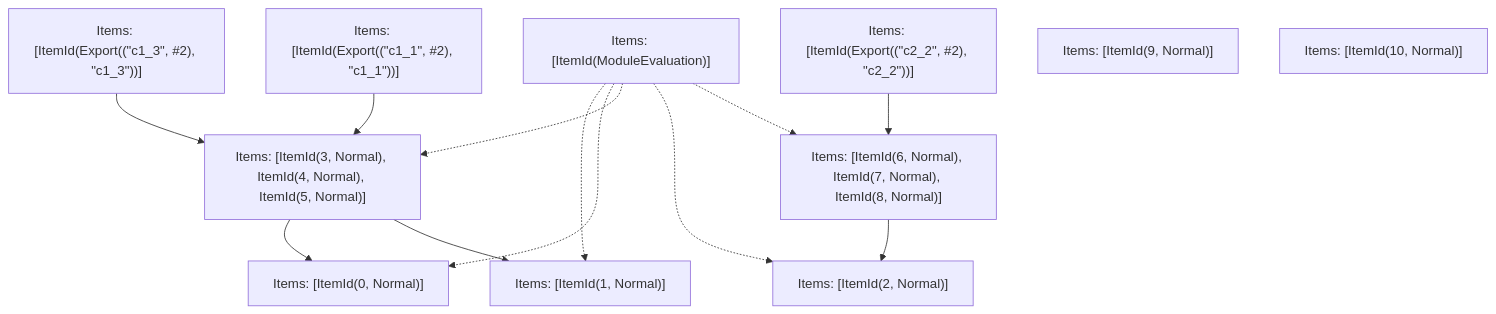
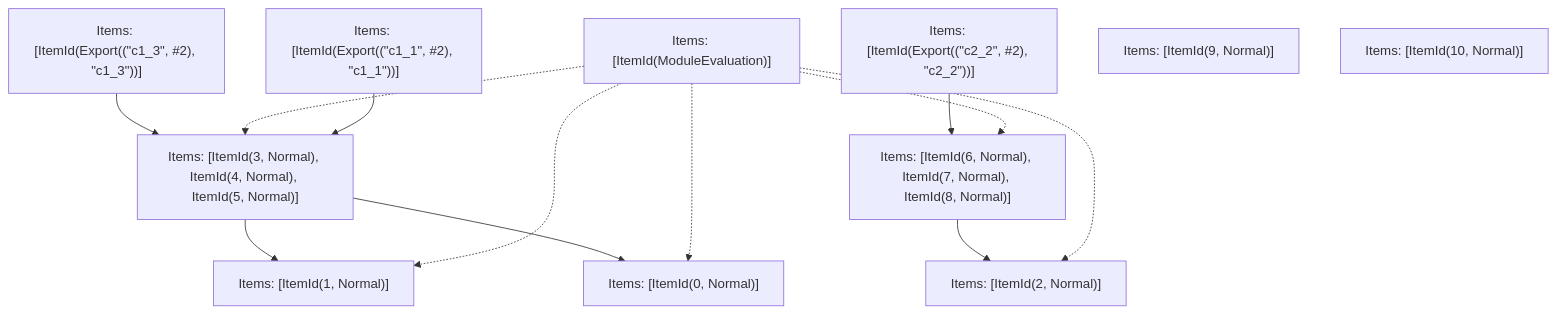
One commit to Sonar-UX-Testing-FreePlan/next.js changed the fifth of 5 diagrams in turbopack/crates/turbopack-ecmascript/tests/tree-shaker/analyzer/3/output.md. Above: the diagram before and after it, drawn with Mermaid. The commit also changed other lines of this file and 30 other files, not shown here.

````diff
--- a/turbopack/crates/turbopack-ecmascript/tests/tree-shaker/analyzer/3/output.md
+++ b/turbopack/crates/turbopack-ecmascript/tests/tree-shaker/analyzer/3/output.md
@@ -320,25 +320,25 @@
 ```mermaid
 graph TD
     N0["Items: [ItemId(ModuleEvaluation)]"];
     N1["Items: [ItemId(Export((&quot;c1_1&quot;, #2), &quot;c1_1&quot;))]"];
     N2["Items: [ItemId(Export((&quot;c1_3&quot;, #2), &quot;c1_3&quot;))]"];
     N3["Items: [ItemId(Export((&quot;c2_2&quot;, #2), &quot;c2_2&quot;))]"];
     N4["Items: [ItemId(0, Normal)]"];
     N5["Items: [ItemId(1, Normal)]"];
     N6["Items: [ItemId(2, Normal)]"];
     N7["Items: [ItemId(3, Normal), ItemId(4, Normal), ItemId(5, Normal)]"];
     N8["Items: [ItemId(6, Normal), ItemId(7, Normal), ItemId(8, Normal)]"];
     N9["Items: [ItemId(9, Normal)]"];
     N10["Items: [ItemId(10, Normal)]"];
-    N0 -.-> N5;
-    N0 -.-> N4;
-    N0 -.-> N7;
-    N0 -.-> N6;
-    N0 -.-> N8;
     N2 --> N7;
-    N1 --> N7;
     N3 --> N8;
     N7 --> N4;
     N7 --> N5;
     N8 --> N6;
+    N0 -.-> N5;
+    N0 -.-> N4;
+    N0 -.-> N7;
+    N1 --> N7;
+    N0 -.-> N8;
+    N0 -.-> N6;
 ```
````
